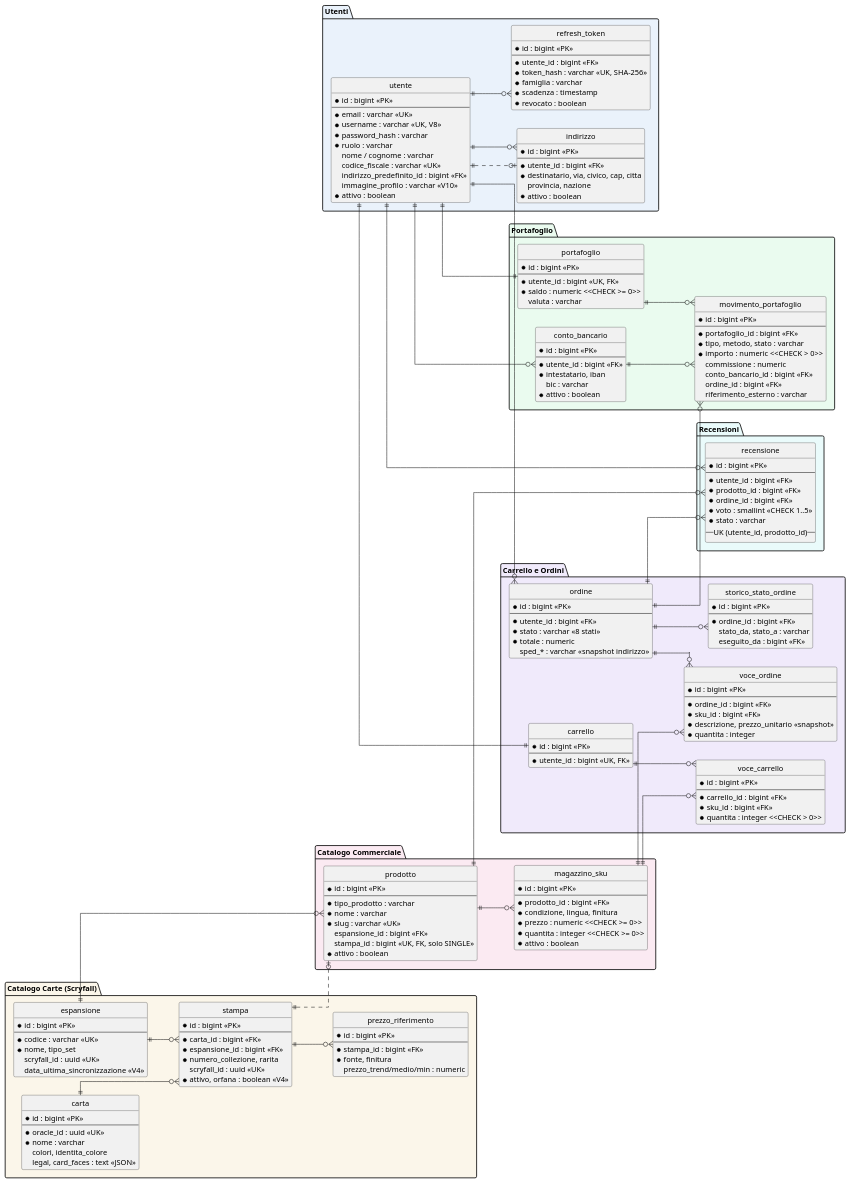
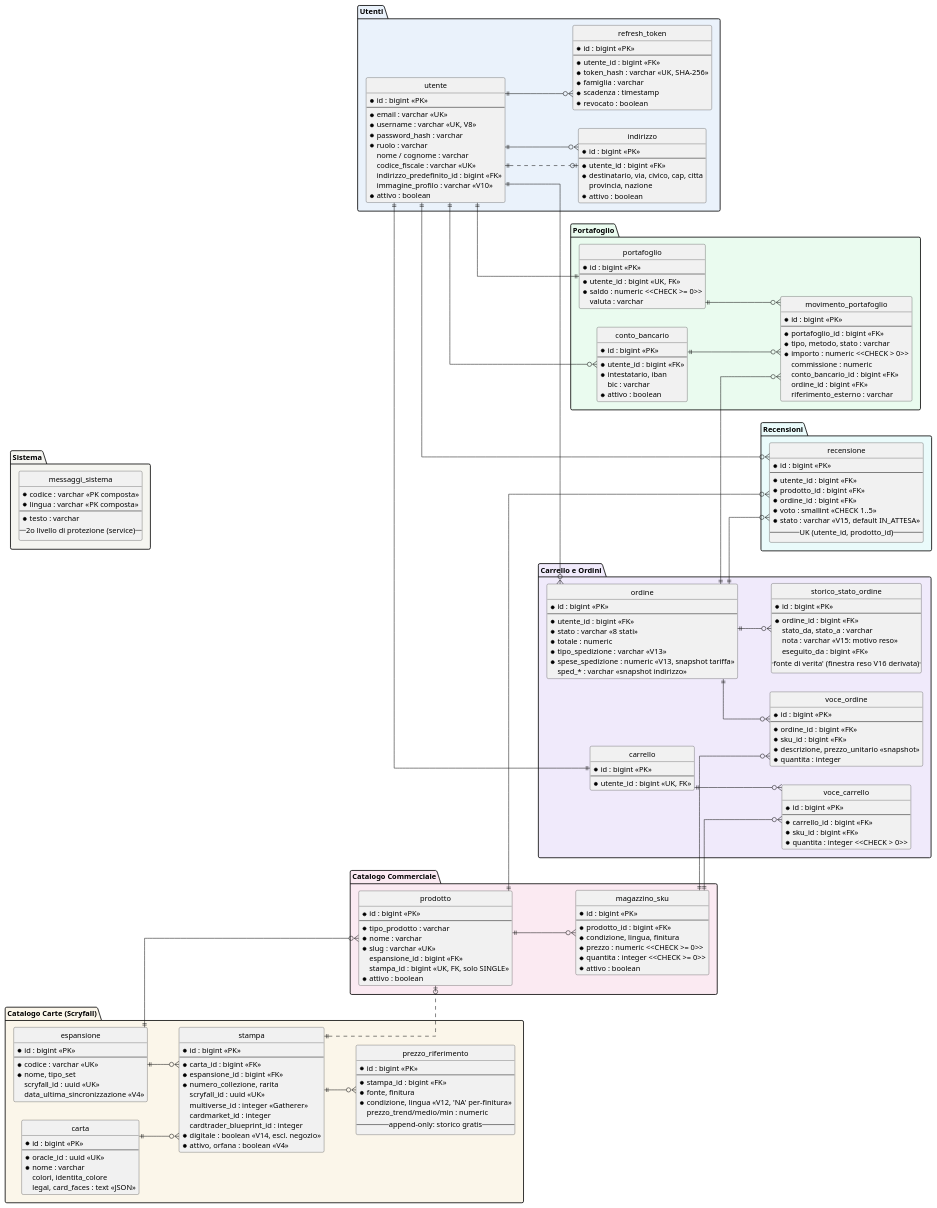
One commit to NewGrimorio/PlaneswalkerBazarFrontend changed the diagram in planeswalker-bazar-schema.plantuml. Above: the diagram before and after it, drawn with PlantUML.

Commit message:
Schema DB aggiornato a V16: prezzi per-SKU, spedizione, digitale, moderazione

```diff
--- a/planeswalker-bazar-schema.plantuml
+++ b/planeswalker-bazar-schema.plantuml
@@ -93,6 +93,10 @@
     * espansione_id : bigint <<FK>>
     * numero_collezione, rarita
     scryfall_id : uuid <<UK>>
+    multiverse_id : integer <<Gatherer>>
+    cardmarket_id : integer
+    cardtrader_blueprint_id : integer
+    * digitale : boolean <<V14, escl. negozio>>
     * attivo, orfana : boolean <<V4>>
   }
   entity prezzo_riferimento {
@@ -100,7 +104,9 @@
     --
     * stampa_id : bigint <<FK>>
     * fonte, finitura
+    * condizione, lingua <<V12, 'NA' per-finitura>>
     prezzo_trend/medio/min : numeric
+    -- append-only: storico gratis --
   }
 }
 
@@ -147,6 +153,8 @@
     * utente_id : bigint <<FK>>
     * stato : varchar <<8 stati>>
     * totale : numeric
+    * tipo_spedizione : varchar <<V13>>
+    * spese_spedizione : numeric <<V13, snapshot tariffa>>
     sped_* : varchar <<snapshot indirizzo>>
   }
   entity voce_ordine {
@@ -162,7 +170,9 @@
     --
     * ordine_id : bigint <<FK>>
     stato_da, stato_a : varchar
+    nota : varchar <<V15: motivo reso>>
     eseguito_da : bigint <<FK>>
+    -- fonte di verita' (finestra reso V16 derivata) --
   }
 }
 
@@ -175,8 +185,19 @@
     * prodotto_id : bigint <<FK>>
     * ordine_id : bigint <<FK>>
     * voto : smallint <<CHECK 1..5>>
-    * stato : varchar
+    * stato : varchar <<V15, default IN_ATTESA>>
     -- UK (utente_id, prodotto_id) --
+  }
+}
+
+' ===================== SISTEMA =====================
+package "Sistema" #F5F5F0 {
+  entity messaggi_sistema {
+    * codice : varchar <<PK composta>>
+    * lingua : varchar <<PK composta>>
+    --
+    * testo : varchar
+    -- 2o livello di protezione (service) --
   }
 }
 
```
